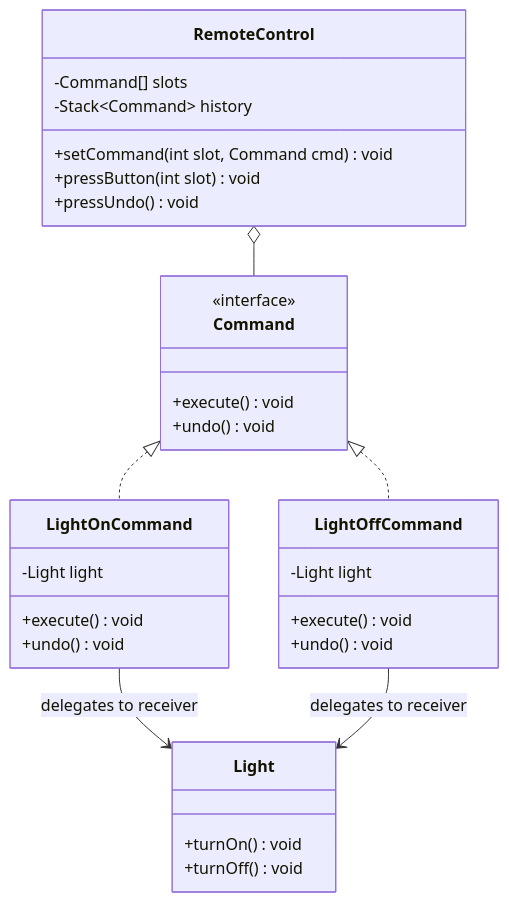
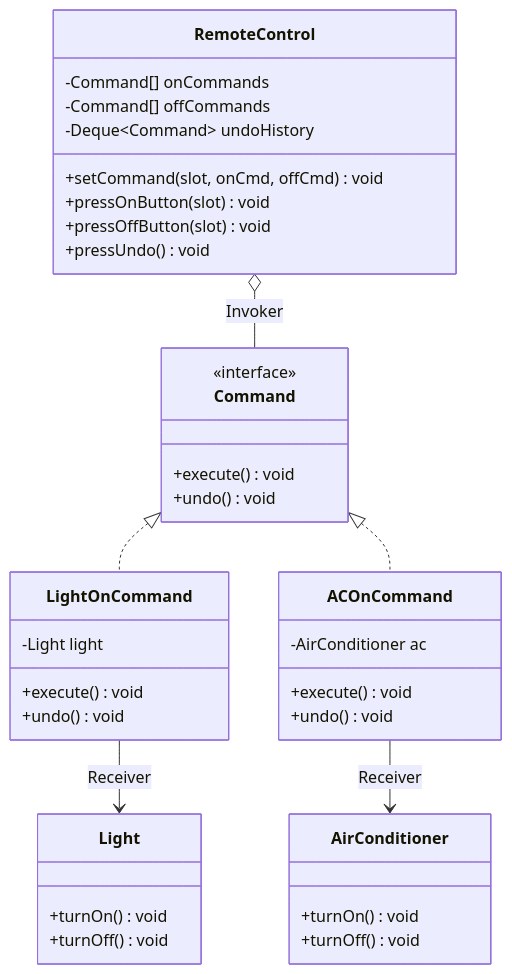
The diagram in 04-OOPs-and-Design-Patterns/03-Design-Patterns/15-Command-Design-Pattern.md (rohithgowda18/Notes), drawn with Mermaid before and after one commit. The commit also changed other lines of this file and 17 other files, not shown here.

Commit message:
docs(lld): enrich notes with deep architectural analysis, diagrams, anti-patterns & code

````diff
--- a/04-OOPs-and-Design-Patterns/03-Design-Patterns/15-Command-Design-Pattern.md
+++ b/04-OOPs-and-Design-Patterns/03-Design-Patterns/15-Command-Design-Pattern.md
@@ -45,39 +36,44 @@
 ```mermaid
 classDiagram
     class Command {
         <<interface>>
         +execute() void
         +undo() void
     }
 
     class LightOnCommand {
         -Light light
         +execute() void
         +undo() void
     }
-
-    class LightOffCommand {
-        -Light light
+    class ACOnCommand {
+        -AirConditioner ac
         +execute() void
         +undo() void
+    }
+
+    class RemoteControl {
+        -Command[] onCommands
+        -Command[] offCommands
+        -Deque~Command~ undoHistory
+        +setCommand(slot, onCmd, offCmd) void
+        +pressOnButton(slot) void
+        +pressOffButton(slot) void
+        +pressUndo() void
     }
 
     class Light {
         +turnOn() void
         +turnOff() void
     }
-
-    class RemoteControl {
-        -Command[] slots
-        -Stack~Command~ history
-        +setCommand(int slot, Command cmd) void
-        +pressButton(int slot) void
-        +pressUndo() void
+    class AirConditioner {
+        +turnOn() void
+        +turnOff() void
     }
 
     Command <|.. LightOnCommand
-    Command <|.. LightOffCommand
-    LightOnCommand --> Light : delegates to receiver
-    LightOffCommand --> Light : delegates to receiver
-    RemoteControl o-- Command
+    Command <|.. ACOnCommand
+    LightOnCommand --> Light : Receiver
+    ACOnCommand --> AirConditioner : Receiver
+    RemoteControl o-- Command : Invoker
 ```
````
